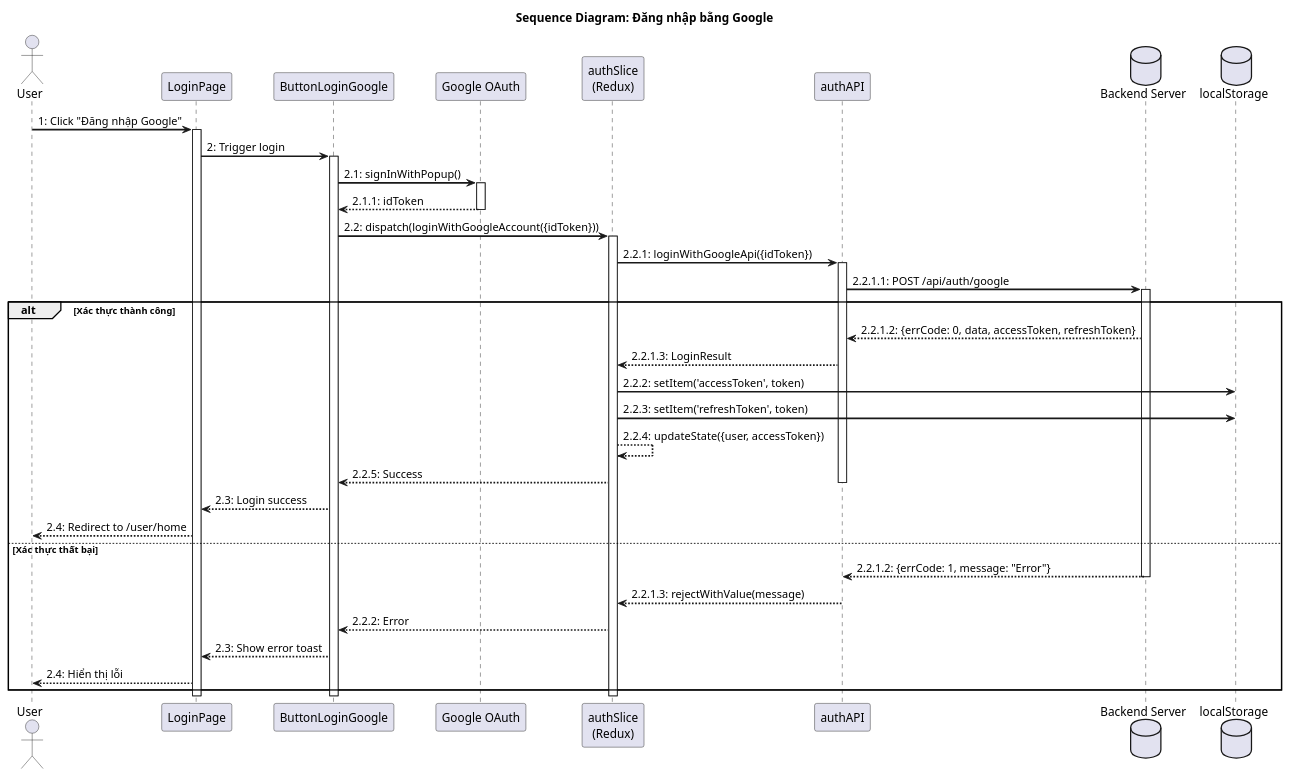
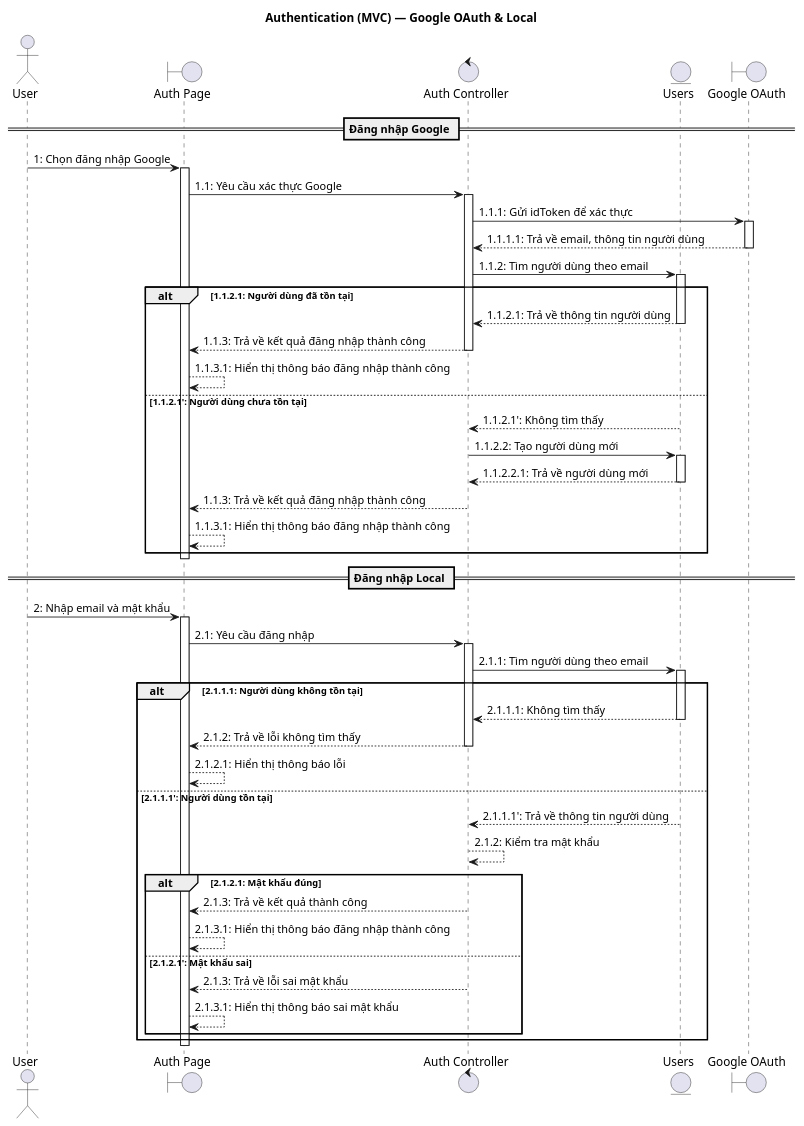
The first of 9 diagrams in readmeSequence.md (quangnguyen11111111/LearnFast), drawn with PlantUML before and after one commit. The commit also changed other lines of this file and 25 other files, not shown here.

````diff
--- a/readmeSequence.md
+++ b/readmeSequence.md
@@ -82,65 +49,71 @@
 ```plantuml
 @startuml
-skinparam sequenceArrowThickness 2
-skinparam participantPadding 20
+title Authentication (MVC) — Google OAuth & Local
+actor "User" as User
+boundary "Auth Page" as View
+control "Auth Controller" as Controller
+entity "Users" as MUsers
+boundary "Google OAuth" as Google
 
-title Sequence Diagram: Đăng nhập bằng Google
-
-actor User
-participant "LoginPage" as LP
-participant "ButtonLoginGoogle" as BLG
-participant "Google OAuth" as Google
-participant "authSlice\n(Redux)" as Redux
-participant "authAPI" as API
-database "Backend Server" as Server
-database "localStorage" as LS
-
-User -> LP: 1: Click "Đăng nhập Google"
-activate LP
-
-LP -> BLG: 2: Trigger login
-activate BLG
-
-BLG -> Google: 2.1: signInWithPopup()
+== Đăng nhập Google ==
+User -> View: 1: Chọn đăng nhập Google
+activate View
+View -> Controller: 1.1: Yêu cầu xác thực Google
+activate Controller
+Controller -> Google: 1.1.1: Gửi idToken để xác thực
 activate Google
-Google --> BLG: 2.1.1: idToken
+Google --> Controller: 1.1.1.1: Trả về email, thông tin người dùng
 deactivate Google
 
-BLG -> Redux: 2.2: dispatch(loginWithGoogleAccount({idToken}))
-activate Redux
+Controller -> MUsers: 1.1.2: Tìm người dùng theo email
+activate MUsers
 
-Redux -> API: 2.2.1: loginWithGoogleApi({idToken})
-activate API
+alt 1.1.2.1: Người dùng đã tồn tại
+    MUsers --> Controller: 1.1.2.1: Trả về thông tin người dùng
+    deactivate MUsers
+    Controller --> View: 1.1.3: Trả về kết quả đăng nhập thành công
+    deactivate Controller
+    View --> View: 1.1.3.1: Hiển thị thông báo đăng nhập thành công
+else 1.1.2.1': Người dùng chưa tồn tại
+    MUsers --> Controller: 1.1.2.1': Không tìm thấy
+    Controller -> MUsers: 1.1.2.2: Tạo người dùng mới
+    activate MUsers
+    MUsers --> Controller: 1.1.2.2.1: Trả về người dùng mới
+    deactivate MUsers
+    Controller --> View: 1.1.3: Trả về kết quả đăng nhập thành công
+    deactivate Controller
+    View --> View: 1.1.3.1: Hiển thị thông báo đăng nhập thành công
+end
+deactivate View
 
-API -> Server: 2.2.1.1: POST /api/auth/google
-activate Server
+== Đăng nhập Local ==
+User -> View: 2: Nhập email và mật khẩu
+activate View
+View -> Controller: 2.1: Yêu cầu đăng nhập
+activate Controller
+Controller -> MUsers: 2.1.1: Tìm người dùng theo email
+activate MUsers
 
-alt Xác thực thành công
-    Server --> API: 2.2.1.2: {errCode: 0, data, accessToken, refreshToken}
-    API --> Redux: 2.2.1.3: LoginResult
-
-    Redux -> LS: 2.2.2: setItem('accessToken', token)
-    Redux -> LS: 2.2.3: setItem('refreshToken', token)
-
-    Redux --> Redux: 2.2.4: updateState({user, accessToken})
-    Redux --> BLG: 2.2.5: Success
-    deactivate API
-
-    BLG --> LP: 2.3: Login success
-    LP --> User: 2.4: Redirect to /user/home
-
-else Xác thực thất bại
-    Server --> API: 2.2.1.2: {errCode: 1, message: "Error"}
-    deactivate Server
-    API --> Redux: 2.2.1.3: rejectWithValue(message)
-    Redux --> BLG: 2.2.2: Error
-    BLG --> LP: 2.3: Show error toast
-    LP --> User: 2.4: Hiển thị lỗi
+alt 2.1.1.1: Người dùng không tồn tại
+    MUsers --> Controller: 2.1.1.1: Không tìm thấy
+    deactivate MUsers
+    Controller --> View: 2.1.2: Trả về lỗi không tìm thấy
+    deactivate Controller
+    View --> View: 2.1.2.1: Hiển thị thông báo lỗi
+else 2.1.1.1': Người dùng tồn tại
+    MUsers --> Controller: 2.1.1.1': Trả về thông tin người dùng
+    deactivate MUsers
+    Controller --> Controller: 2.1.2: Kiểm tra mật khẩu
+    alt 2.1.2.1: Mật khẩu đúng
+        Controller --> View: 2.1.3: Trả về kết quả thành công
+        deactivate Controller
+        View --> View: 2.1.3.1: Hiển thị thông báo đăng nhập thành công
+    else 2.1.2.1': Mật khẩu sai
+        Controller --> View: 2.1.3: Trả về lỗi sai mật khẩu
+        deactivate Controller
+        View --> View: 2.1.3.1: Hiển thị thông báo sai mật khẩu
+    end
 end
-
-deactivate Redux
-deactivate BLG
-deactivate LP
-
+deactivate View
 @enduml
 ```
````
